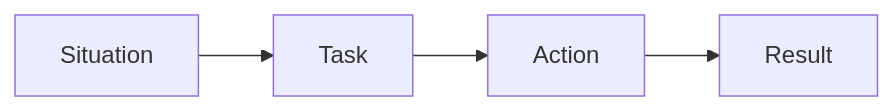
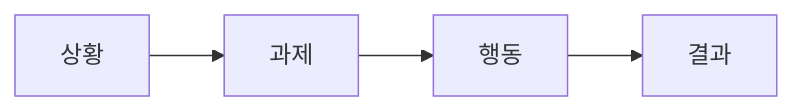
One commit to yeongseon-books/book-content changed the diagram in content/portfolio-project-101/ko/09-explaining-in-interviews.md. Above: the diagram before and after it, drawn with Mermaid. The commit also changed other lines of this file and 4 other files, not shown here.

````diff
--- a/content/portfolio-project-101/ko/09-explaining-in-interviews.md
+++ b/content/portfolio-project-101/ko/09-explaining-in-interviews.md
@@ -33,6 +48,6 @@
 ```mermaid
 flowchart LR
-    S[Situation] --> T[Task]
-    T --> A[Action]
-    A --> R[Result]
+    S[상황] --> T[과제]
+    T --> A[행동]
+    A --> R[결과]
 ```
````
